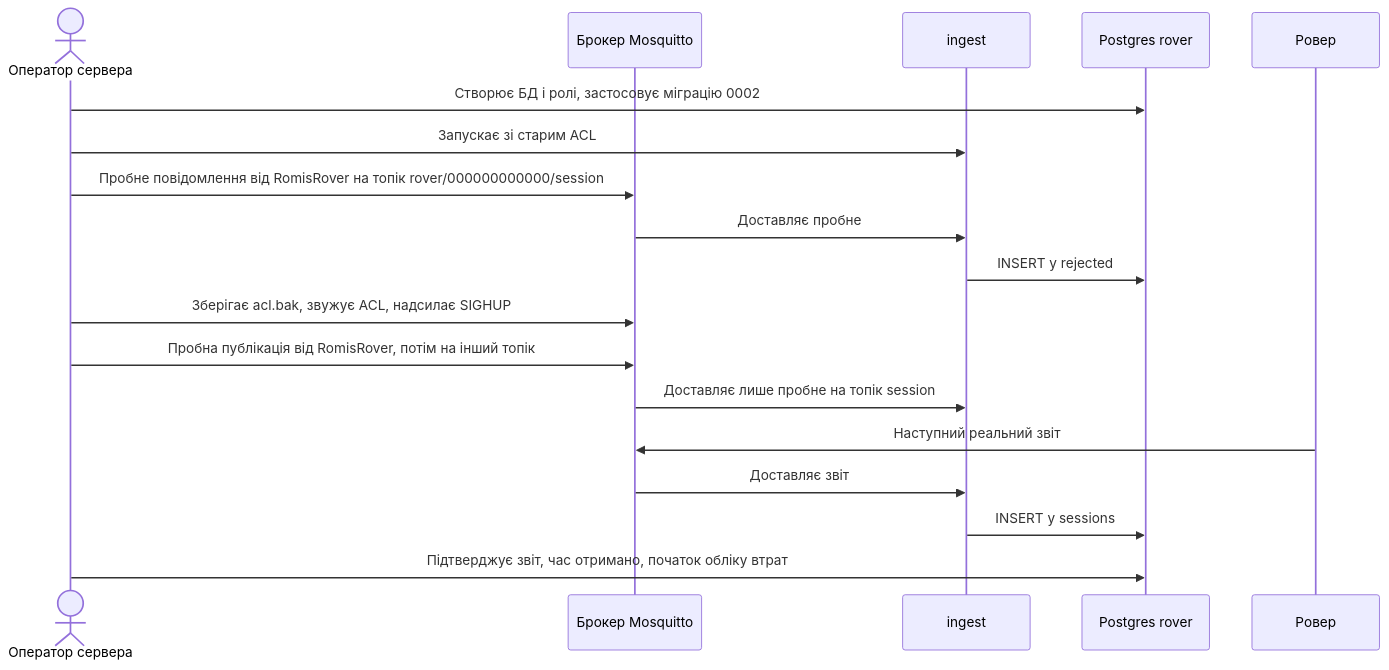
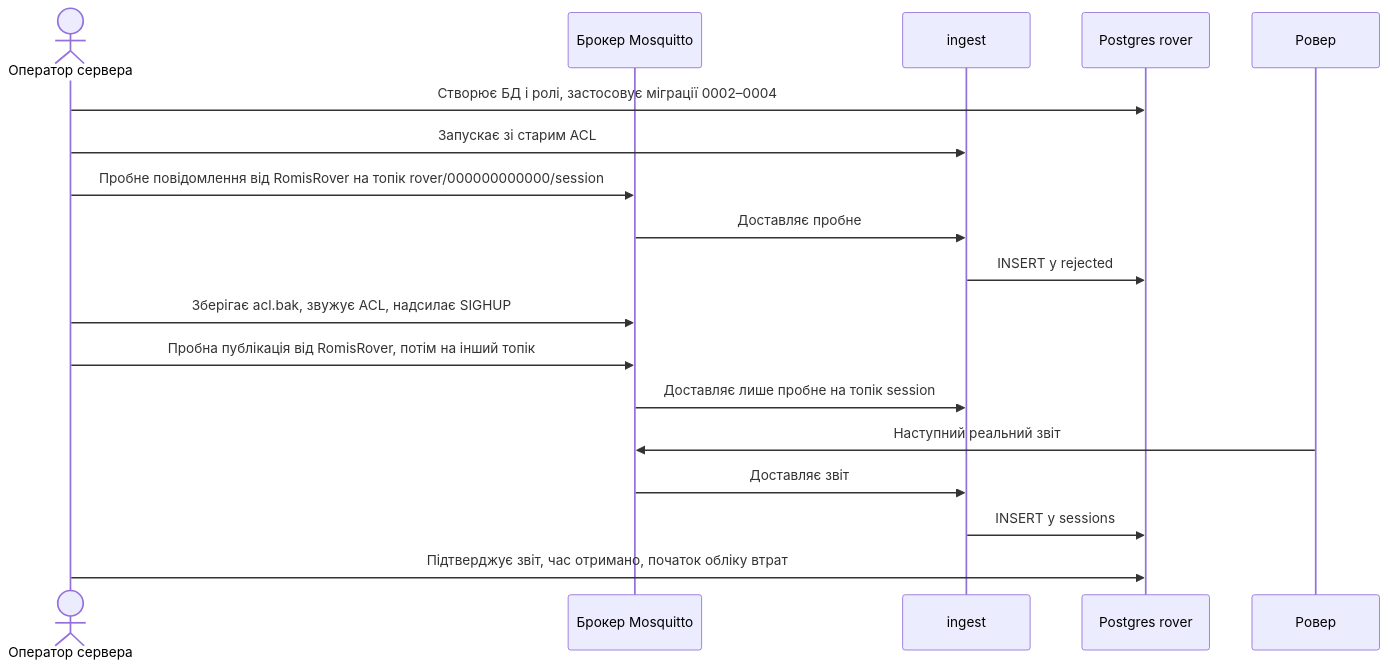
Before and after one commit to 12romis/romis-rover-telemetry: the fifth of 10 diagrams in docs/features/ingest/sad.md, drawn with Mermaid. The commit also changed other lines of this file, not shown here.

````diff
--- a/docs/features/ingest/sad.md
+++ b/docs/features/ingest/sad.md
@@ -203,20 +205,20 @@
 ```mermaid
 sequenceDiagram
     actor Operator as Оператор сервера
     participant Broker as Брокер Mosquitto
     participant Ingest as ingest
     participant Db as Postgres rover
     participant Rover as Ровер
-    Operator->>Db: Створює БД і ролі, застосовує міграцію 0002
+    Operator->>Db: Створює БД і ролі, застосовує міграції 0002–0004
     Operator->>Ingest: Запускає зі старим ACL
     Operator->>Broker: Пробне повідомлення від RomisRover на топік rover/000000000000/session
     Broker->>Ingest: Доставляє пробне
     Ingest->>Db: INSERT у rejected
     Operator->>Broker: Зберігає acl.bak, звужує ACL, надсилає SIGHUP
     Operator->>Broker: Пробна публікація від RomisRover, потім на інший топік
     Broker->>Ingest: Доставляє лише пробне на топік session
     Rover->>Broker: Наступний реальний звіт
     Broker->>Ingest: Доставляє звіт
     Ingest->>Db: INSERT у sessions
     Operator->>Db: Підтверджує звіт, час отримано, початок обліку втрат
 ```
````
